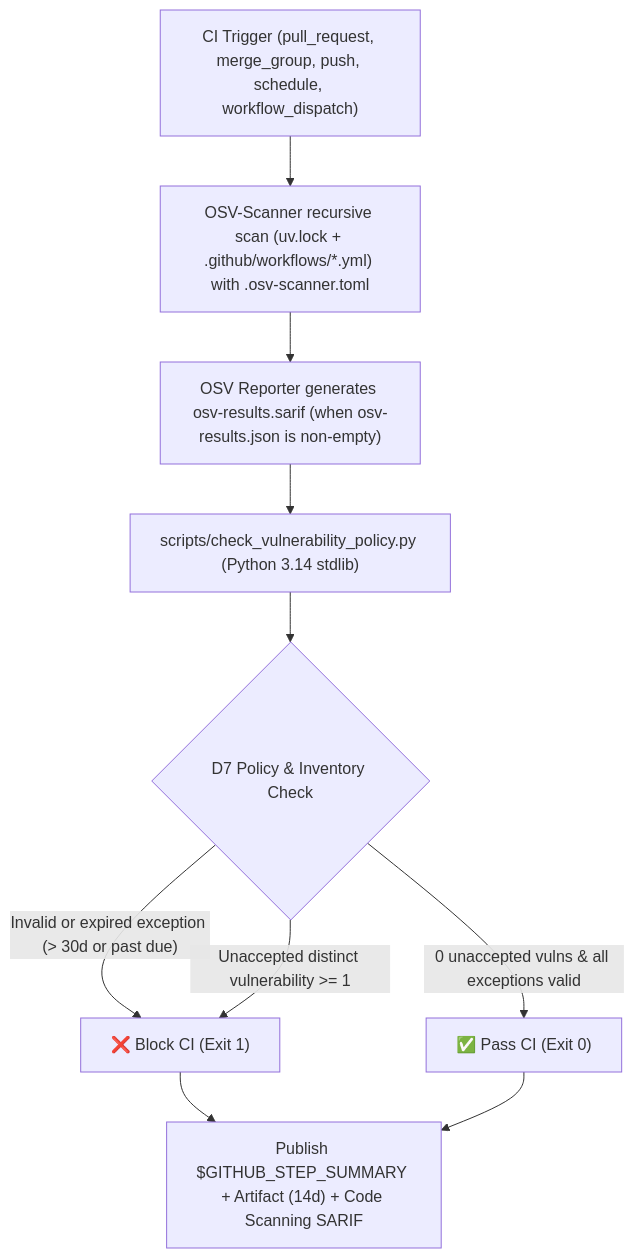
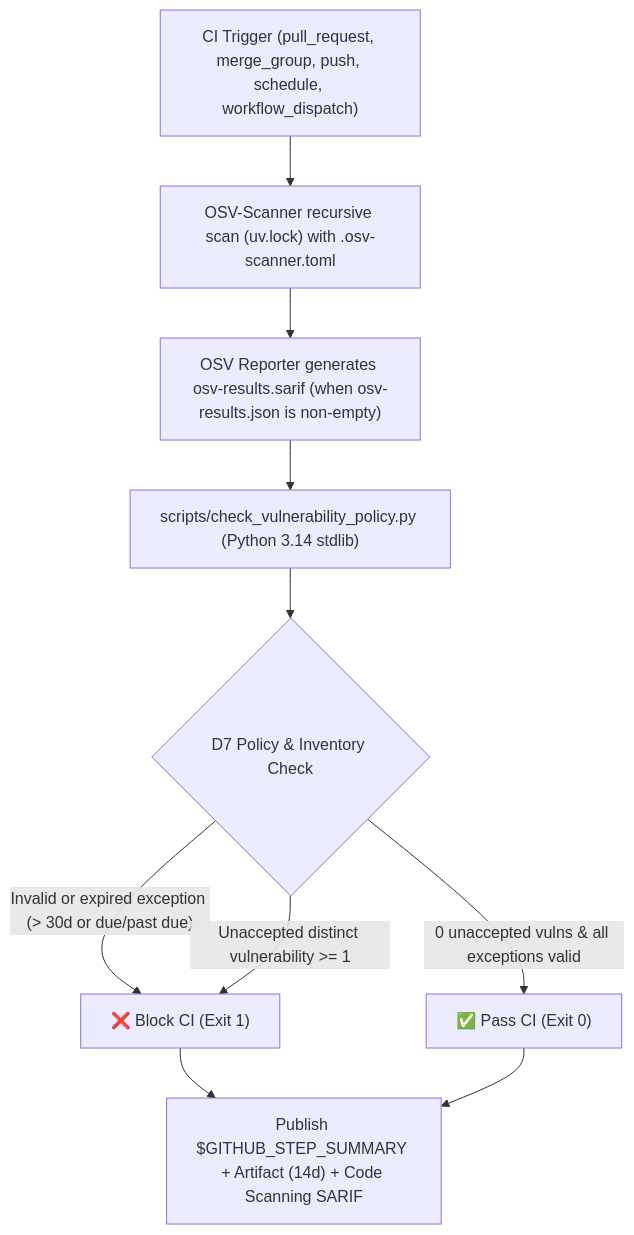
Before and after one commit to betagouv/2ddoc-parser: the first of 2 diagrams in docs/VULNERABILITY_MANAGEMENT_POLICY.md, drawn with Mermaid. The commit also changed other lines of this file and 11 other files, not shown here.

````diff
--- a/docs/VULNERABILITY_MANAGEMENT_POLICY.md
+++ b/docs/VULNERABILITY_MANAGEMENT_POLICY.md
@@ -46,12 +46,12 @@
 ```mermaid
 flowchart TD
-    A["CI Trigger (pull_request, merge_group, push, schedule, workflow_dispatch)"] --> B["OSV-Scanner recursive scan (uv.lock + .github/workflows/*.yml) with .osv-scanner.toml"]
+    A["CI Trigger (pull_request, merge_group, push, schedule, workflow_dispatch)"] --> B["OSV-Scanner recursive scan (uv.lock) with .osv-scanner.toml"]
     B --> C["OSV Reporter generates osv-results.sarif (when osv-results.json is non-empty)"]
     C --> D["scripts/check_vulnerability_policy.py (Python 3.14 stdlib)"]
     D --> E{"D7 Policy & Inventory Check"}
-    E -- "Invalid or expired exception (> 30d or past due)" --> F["❌ Block CI (Exit 1)"]
+    E -- "Invalid or expired exception (> 30d or due/past due)" --> F["❌ Block CI (Exit 1)"]
     E -- "Unaccepted distinct vulnerability >= 1" --> F
     E -- "0 unaccepted vulns & all exceptions valid" --> G["✅ Pass CI (Exit 0)"]
     F --> H["Publish $GITHUB_STEP_SUMMARY + Artifact (14d) + Code Scanning SARIF"]
     G --> H
 ```
````
